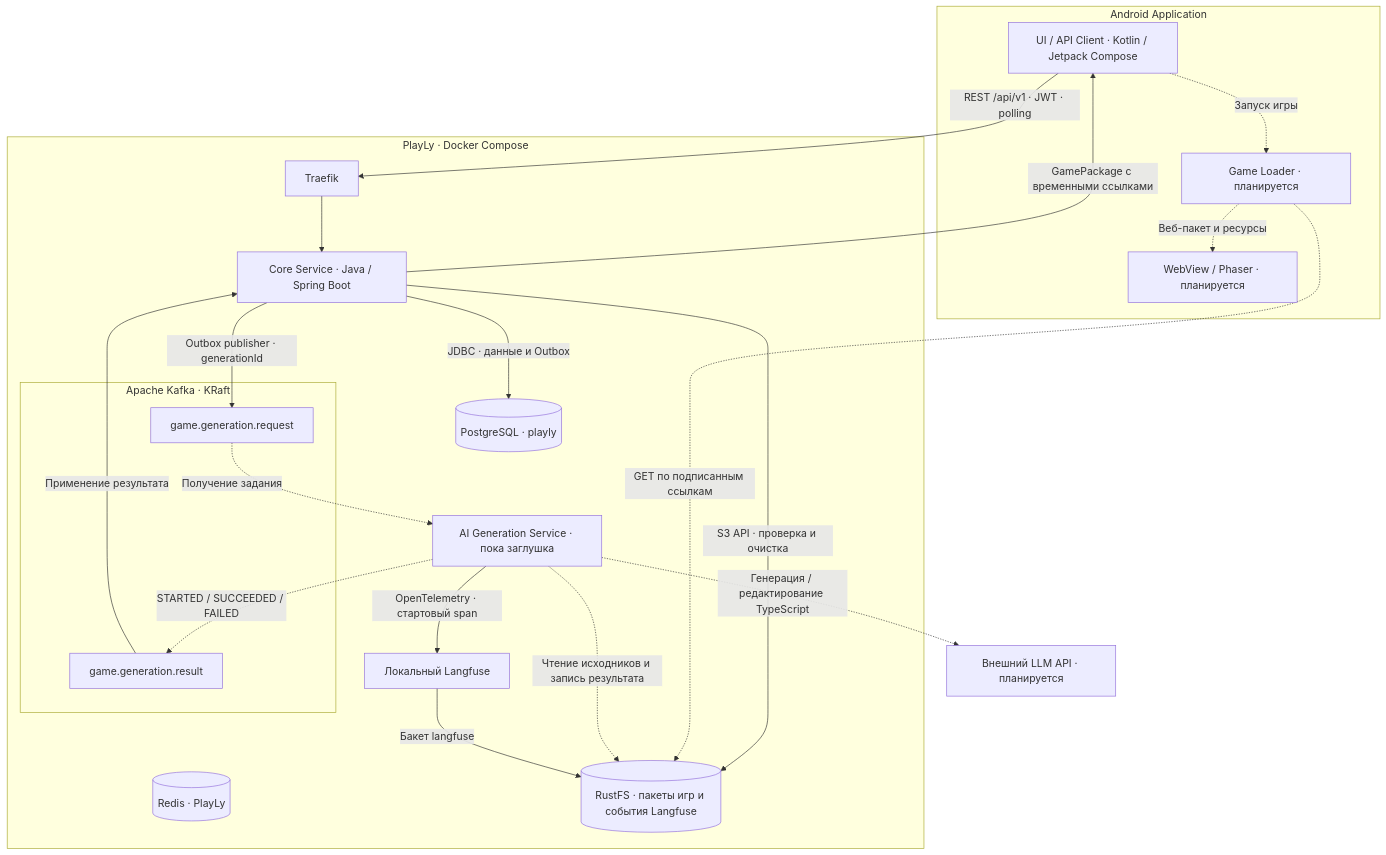
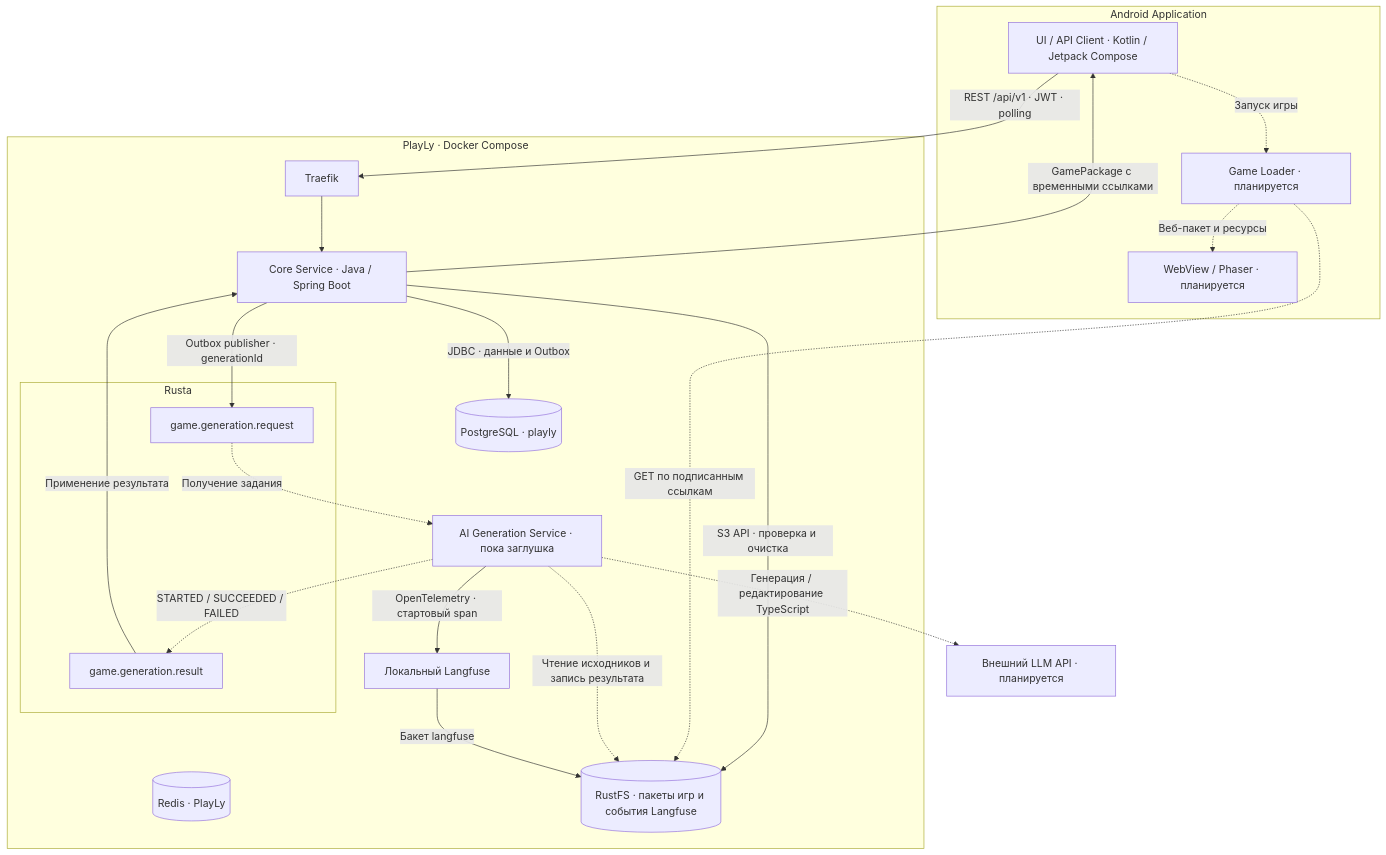
The diagram in docs/diagrams/overview.mmd (aartmoon/PlayLy), drawn with Mermaid before and after one commit. The commit also changed 10 other files, not shown here.

```diff
--- a/docs/diagrams/overview.mmd
+++ b/docs/diagrams/overview.mmd
@@ -1,38 +1,38 @@
 flowchart TD
     subgraph mobile["Android Application"]
         app["UI / API Client · Kotlin / Jetpack Compose"]
         loader["Game Loader · планируется"]
         runtime["WebView / Phaser · планируется"]
         app -.->|Запуск игры| loader
         loader -.->|Веб-пакет и ресурсы| runtime
     end
 
     subgraph server["PlayLy · Docker Compose"]
         traefik["Traefik"]
         core["Core Service · Java / Spring Boot"]
         db[("PostgreSQL · playly")]
         redis[("Redis · PlayLy")]
-        subgraph kafka["Apache Kafka · KRaft"]
+        subgraph kafka["Rusta"]
             request["game.generation.request"]
             result["game.generation.result"]
         end
         ai["AI Generation Service · пока заглушка"]
         rustfs[("RustFS · пакеты игр и события Langfuse")]
         langfuse["Локальный Langfuse"]
     end
 
     llm["Внешний LLM API · планируется"]
     app -->|REST /api/v1 · JWT · polling| traefik
     traefik --> core
     core -->|JDBC · данные и Outbox| db
     core -->|Outbox publisher · generationId| request
     request -.->|Получение задания| ai
     ai -.->|STARTED / SUCCEEDED / FAILED| result
     result -->|Применение результата| core
     core -->|S3 API · проверка и очистка| rustfs
     core -->|GamePackage с временными ссылками| app
     loader -.->|GET по подписанным ссылкам| rustfs
     ai -.->|Чтение исходников и запись результата| rustfs
     ai -.->|Генерация / редактирование TypeScript| llm
     ai -->|OpenTelemetry · стартовый span| langfuse
     langfuse -->|Бакет langfuse| rustfs
```
